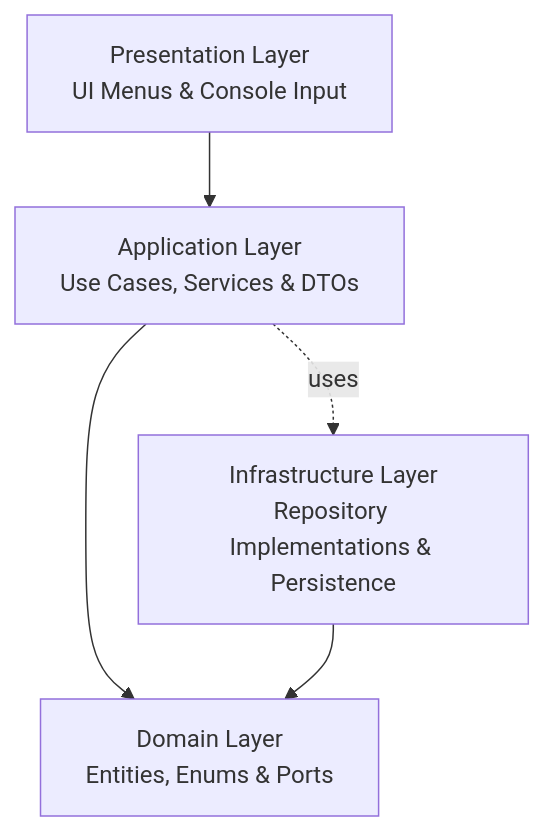
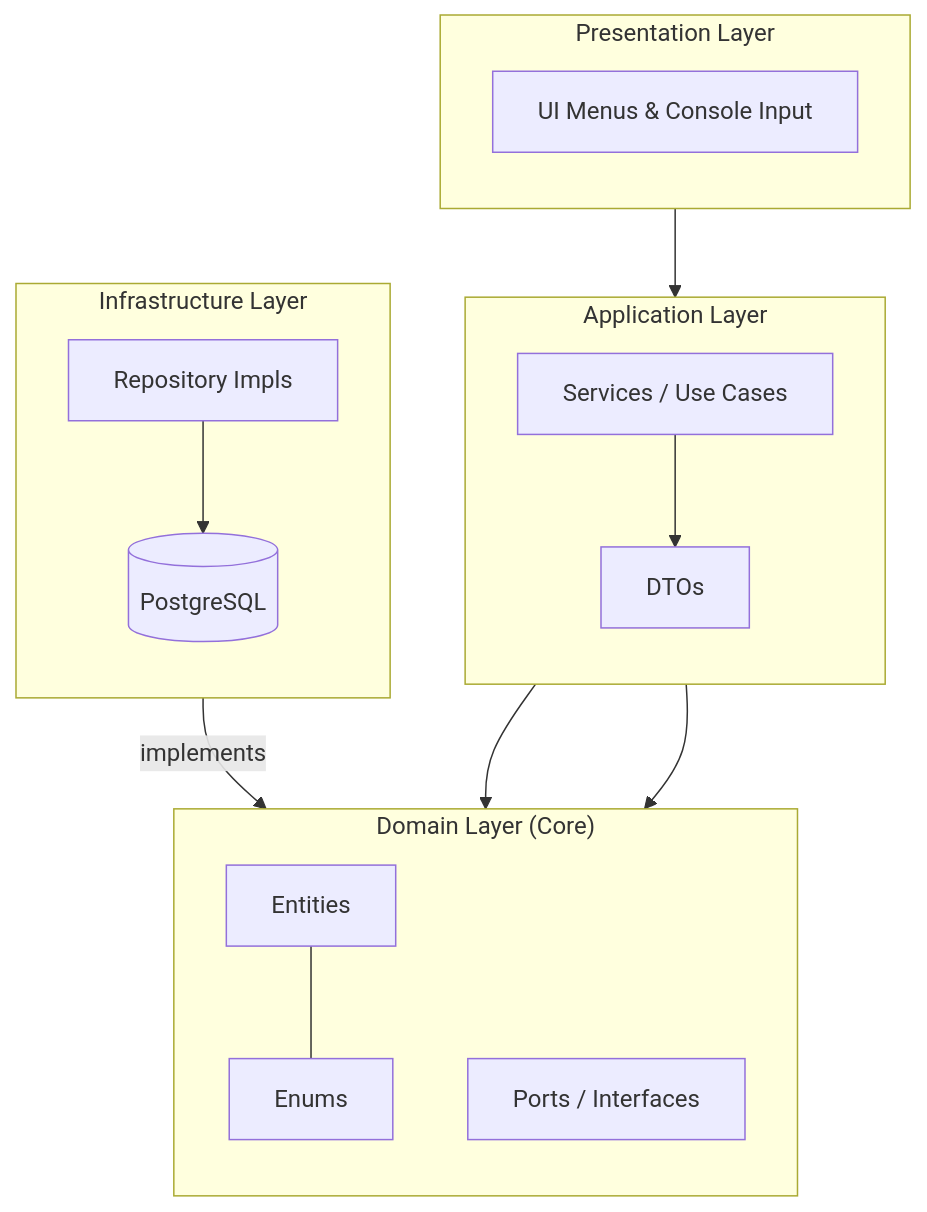
The diagram in README.md (brunoliratm/health-pharmacy), drawn with Mermaid before and after one commit.

````diff
--- a/README.md
+++ b/README.md
@@ -36,12 +36,40 @@
 ```mermaid
 flowchart TB
-    P[Presentation Layer\nUI Menus & Console Input]
-    A[Application Layer\nUse Cases, Services & DTOs]
-    D[Domain Layer\nEntities, Enums & Ports]
-    I[Infrastructure Layer\nRepository Implementations & Persistence]
+    subgraph Presentation ["Presentation Layer"]
+        direction TB
+        UI[UI Menus & Console Input]
+    end
 
-    P --> A
-    A --> D
-    I --> D
-    A -. uses .-> I
+    subgraph Application ["Application Layer"]
+        direction TB
+        SVC[Services / Use Cases]
+        DTO[DTOs]
+    end
+
+    subgraph Domain ["Domain Layer (Core)"]
+        direction TB
+        ENT[Entities]
+        PORTS[Ports / Interfaces]
+        ENUM[Enums]
+    end
+
+    subgraph Infrastructure ["Infrastructure Layer"]
+        direction TB
+        REPO[Repository Impls]
+        DB[(PostgreSQL)]
+    end
+
+    %% Dependencies
+    UI --> SVC
+    SVC --> DTO
+    SVC --> PORTS
+    REPO -- implements --> PORTS
+    REPO --> DB
+    SVC --> ENT
+    ENT --- ENUM
+
+    class Presentation,UI presentation;
+    class Application,SVC,DTO application;
+    class Domain,ENT,PORTS,ENUM domain;
+    class Infrastructure,REPO,DB infrastructure;
 ```
````
